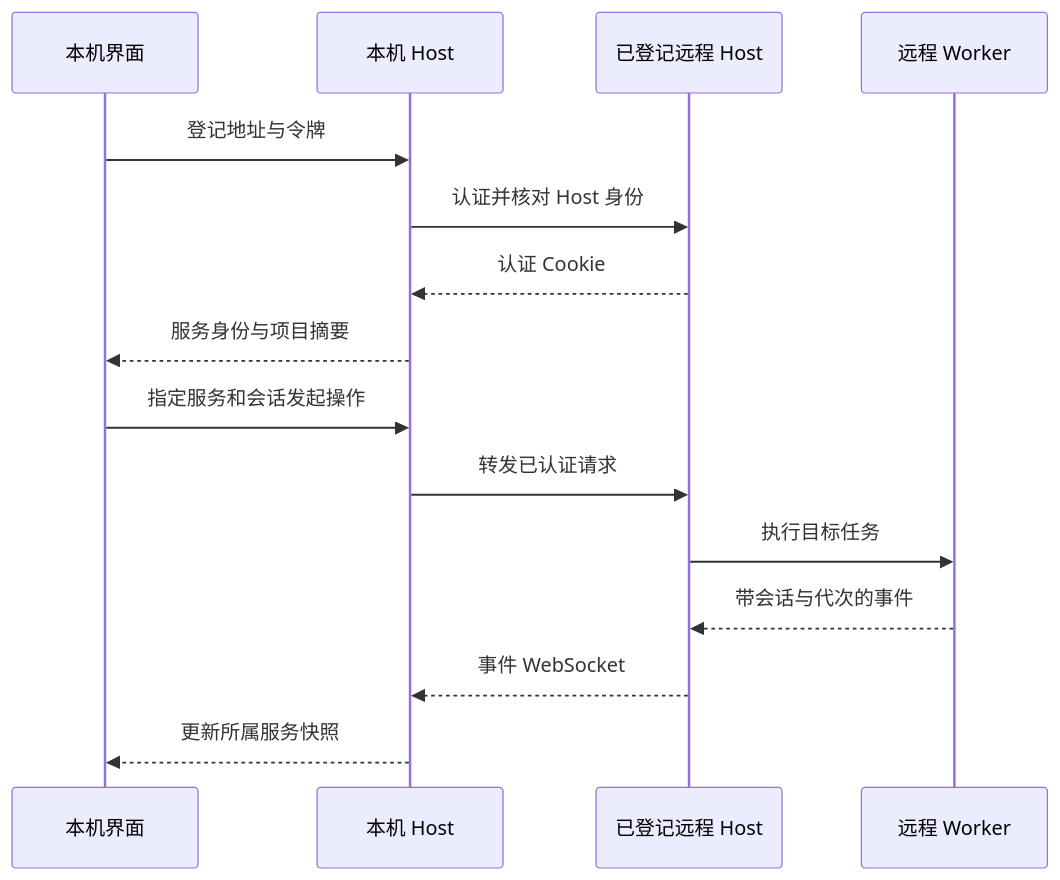
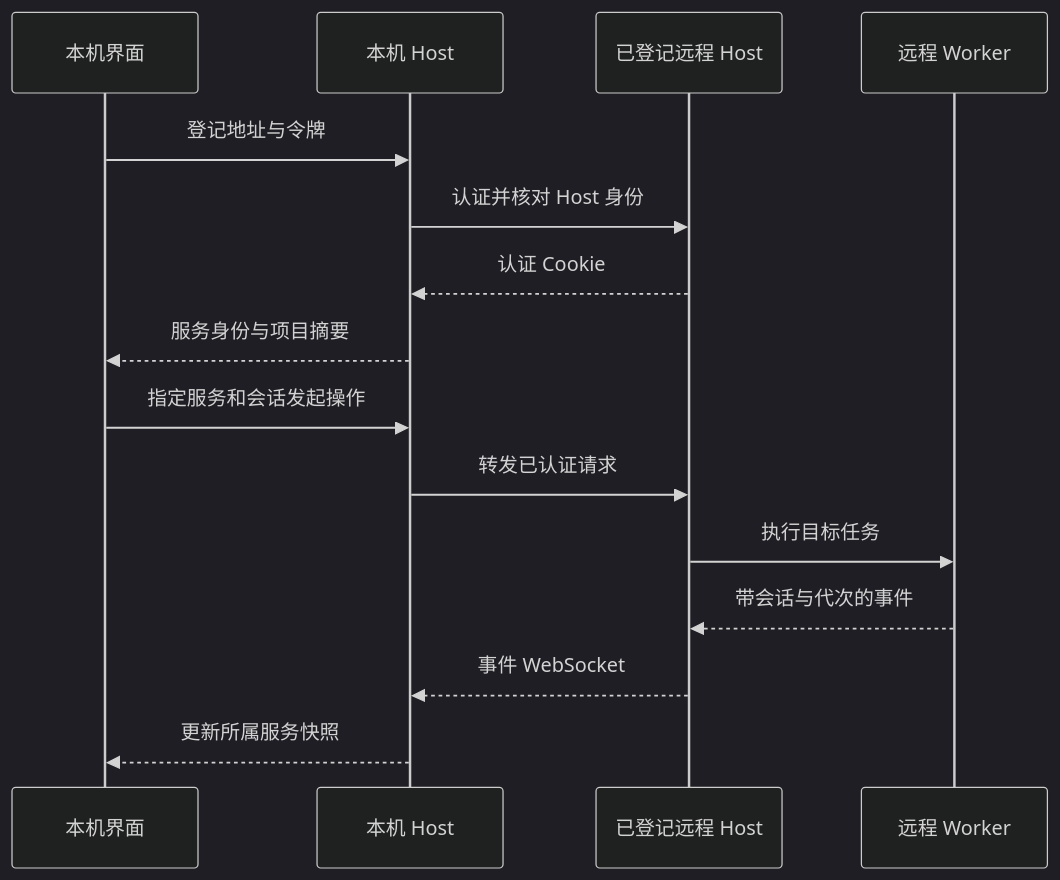
The second of 2 diagrams in docs/remote.md (xidongdong-153/Pi-meme), drawn with Mermaid before and after one commit. The commit also changed other lines of this file and 45 other files, not shown here.

````diff
--- a/docs/remote.md
+++ b/docs/remote.md
@@ -91,17 +161,18 @@
 ```mermaid
+%%{init: {"theme": "dark"}}%%
 sequenceDiagram
   participant UI as 本机界面
   participant Local as 本机 Host
   participant Remote as 已登记远程 Host
   participant Worker as 远程 Worker
   UI->>Local: 登记地址与令牌
   Local->>Remote: 认证并核对 Host 身份
   Remote-->>Local: 认证 Cookie
   Local-->>UI: 服务身份与项目摘要
   UI->>Local: 指定服务和会话发起操作
   Local->>Remote: 转发已认证请求
   Remote->>Worker: 执行目标任务
   Worker-->>Remote: 带会话与代次的事件
   Remote-->>Local: 事件 WebSocket
   Local-->>UI: 更新所属服务快照
 ```
````
